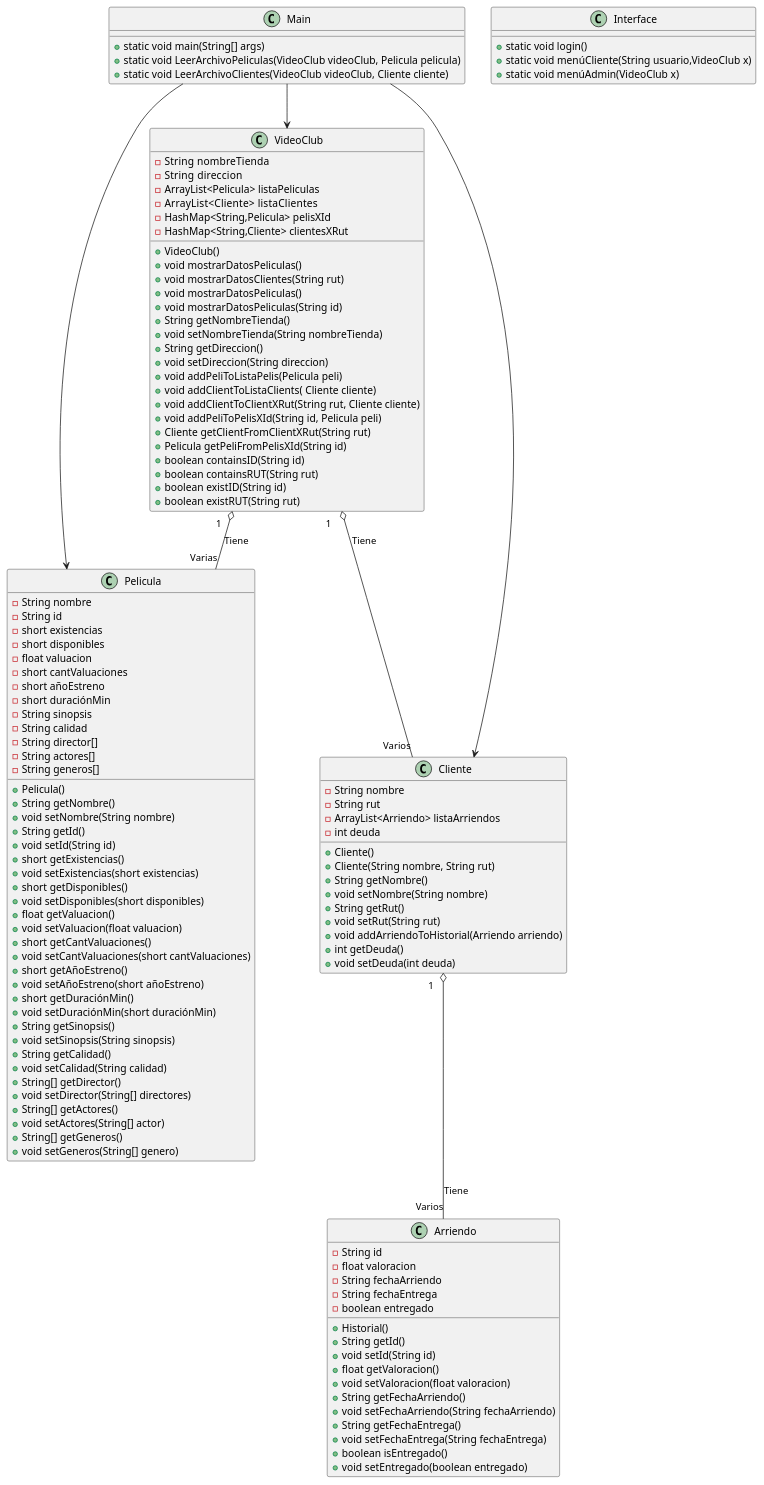
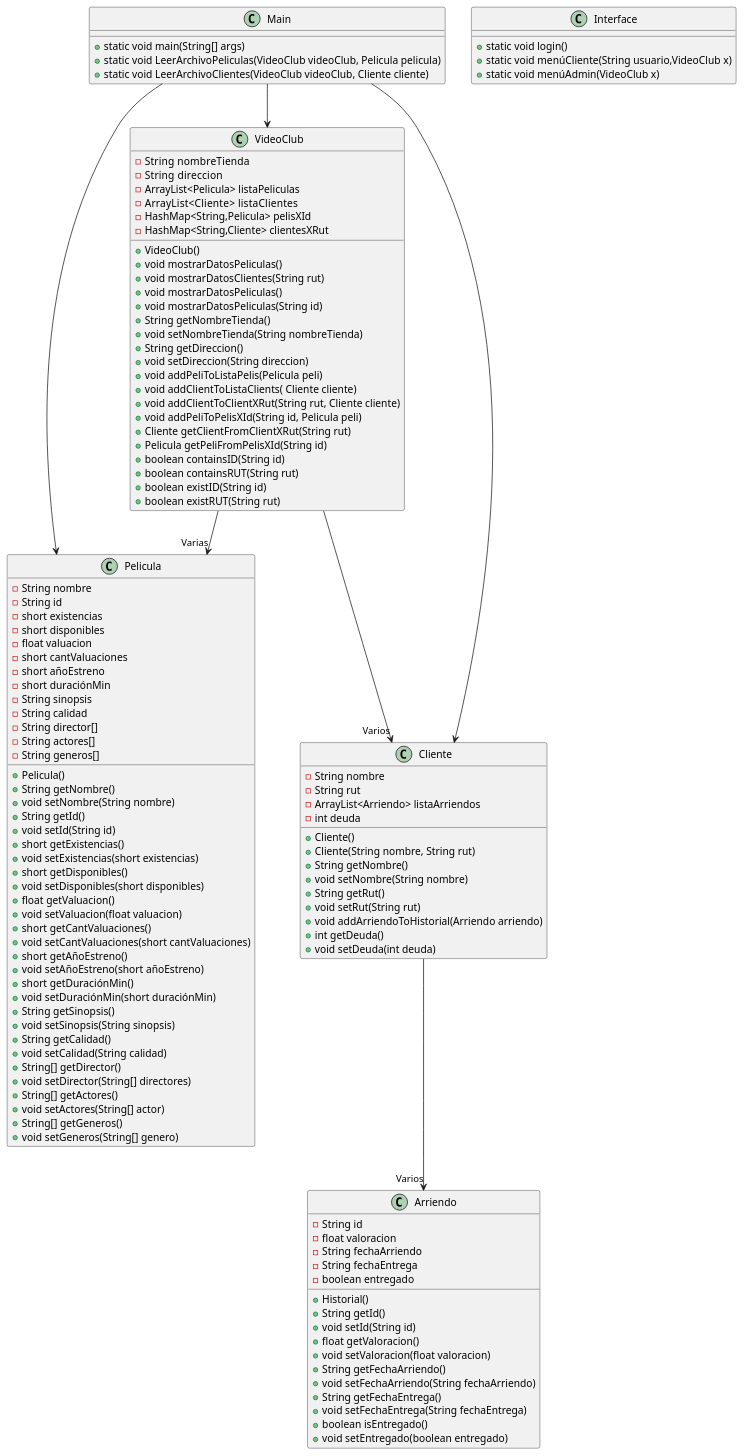
One commit to luis922/Proyecto-POO-2S-2021 changed the diagram in Videoclub/src/main/java/Test UML.puml. Above: the diagram before and after it, drawn with PlantUML. The commit also changed 3 other files, not shown here.

Commit message:
Se agrega metodo mostrarHistorial en clase Cliente y se cambia el nombre de la clase historial a Arriendo

```diff
--- a/Videoclub/src/main/java/Test UML.puml
+++ b/Videoclub/src/main/java/Test UML.puml
@@ -1,130 +1,130 @@
 @startuml
 Main --> VideoClub
 Main --> Pelicula
 Main --> Cliente
-VideoClub "1     " o-- "Varios" Cliente : Tiene
-VideoClub "1    " o-- "Varias" Pelicula: Tiene
-Cliente "1    " o-- "Varios"Arriendo: Tiene
+VideoClub  --> "Varios" Cliente
+VideoClub  --> "Varias" Pelicula
+Cliente  --> "Varios"Arriendo
 
 class VideoClub{
     -String  nombreTienda
     -String  direccion
     -ArrayList<Pelicula> listaPeliculas
     -ArrayList<Cliente>   listaClientes
     -HashMap<String,Pelicula> pelisXId
     -HashMap<String,Cliente> clientesXRut
 
     +VideoClub()
     +void mostrarDatosPeliculas()
     +void mostrarDatosClientes(String rut)
     +void mostrarDatosPeliculas()
     +void mostrarDatosPeliculas(String id)
     +String getNombreTienda()
     +void setNombreTienda(String nombreTienda)
     +String getDireccion()
     +void setDireccion(String direccion)
     +void addPeliToListaPelis(Pelicula peli)
     +void addClientToListaClients( Cliente cliente)
     +void addClientToClientXRut(String rut, Cliente cliente)
     +void addPeliToPelisXId(String id, Pelicula peli)
     +Cliente getClientFromClientXRut(String rut)
     +Pelicula getPeliFromPelisXId(String id)
     +boolean containsID(String id)
     +boolean containsRUT(String rut)
     +boolean existID(String id)
     +boolean existRUT(String rut)
 }
 
 class Cliente{
     -String nombre
     -String rut
     -ArrayList<Arriendo> listaArriendos
     -int deuda
 
     +Cliente()
     +Cliente(String nombre, String rut)
     +String getNombre()
     +void setNombre(String nombre)
     +String getRut()
     +void setRut(String rut)
     +void addArriendoToHistorial(Arriendo arriendo)
     +int getDeuda()
     +void setDeuda(int deuda)
 }
 
 class Pelicula{
     -String nombre
     -String id
     -short existencias
     -short disponibles
     -float valuacion
     -short cantValuaciones
     -short añoEstreno
     -short duraciónMin
     -String sinopsis
     -String calidad
     -String director[]
     -String actores[]
     -String generos[]
 
     +Pelicula()
     +String getNombre()
     +void setNombre(String nombre)
     +String getId()
     +void setId(String id)
     +short getExistencias()
     +void setExistencias(short existencias)
     +short getDisponibles()
     +void setDisponibles(short disponibles)
     +float getValuacion()
     +void setValuacion(float valuacion)
     +short getCantValuaciones()
     +void setCantValuaciones(short cantValuaciones)
     +short getAñoEstreno()
     +void setAñoEstreno(short añoEstreno)
     +short getDuraciónMin()
     +void setDuraciónMin(short duraciónMin)
     +String getSinopsis()
     +void setSinopsis(String sinopsis)
     +String getCalidad()
     +void setCalidad(String calidad)
     +String[] getDirector()
     +void setDirector(String[] directores)
     +String[] getActores()
     +void setActores(String[] actor)
     +String[] getGeneros()
     +void setGeneros(String[] genero)
 }
 
 class Arriendo{
     -String id
     -float valoracion
     -String fechaArriendo
     -String fechaEntrega
     -boolean entregado
 
     +Historial()
     +String getId()
     +void setId(String id)
     +float getValoracion()
     +void setValoracion(float valoracion)
     +String getFechaArriendo()
     +void setFechaArriendo(String fechaArriendo)
     +String getFechaEntrega()
     +void setFechaEntrega(String fechaEntrega)
     +boolean isEntregado()
     +void setEntregado(boolean entregado)
 }
 
 class Main{
     +static void main(String[] args)
     +static void LeerArchivoPeliculas(VideoClub videoClub, Pelicula pelicula)
     +static void LeerArchivoClientes(VideoClub videoClub, Cliente cliente)
 
 }
 class Interface{
     +static void login()
     +static void menúCliente(String usuario,VideoClub x)
     +static void menúAdmin(VideoClub x)
 }
 @enduml
```
